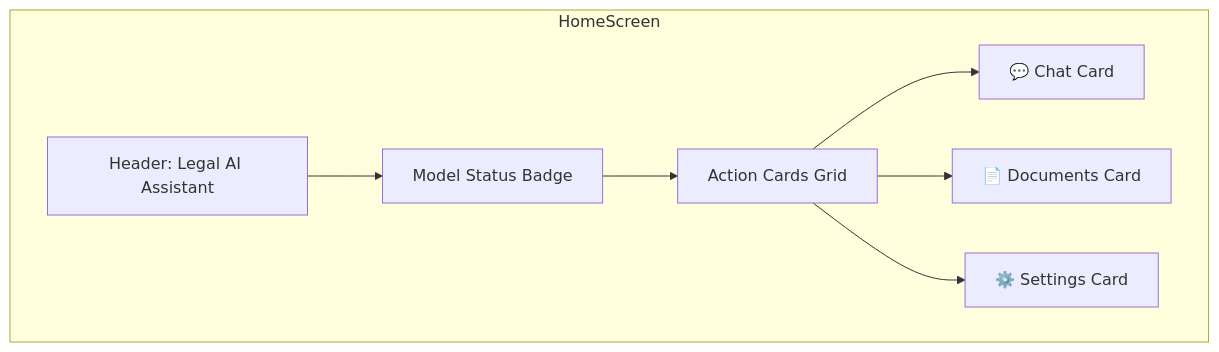
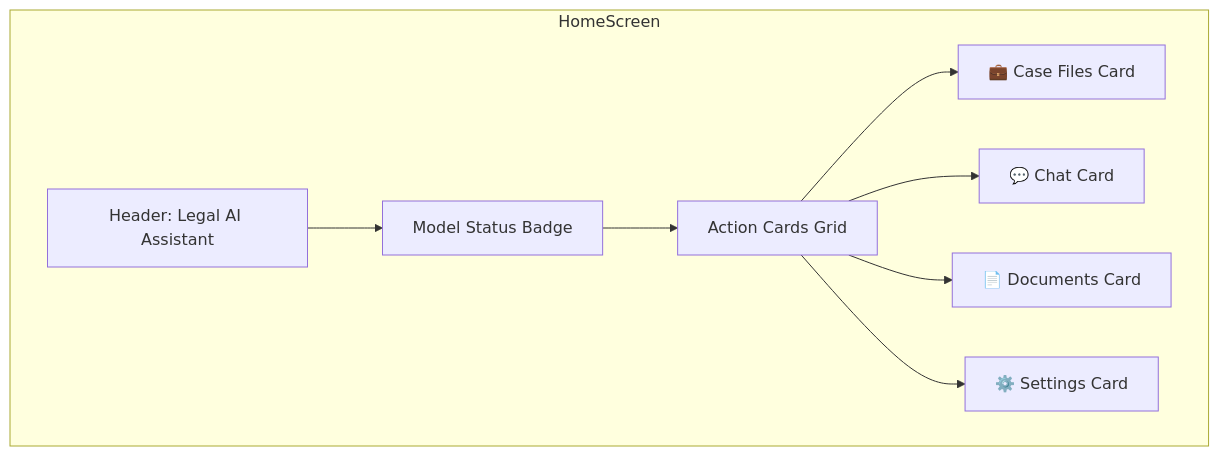
The second of 5 diagrams in docs/02-app-screens.md (Nani040905/mobile-legal-ai-assistant), drawn with Mermaid before and after one commit. The commit also changed other lines of this file and 3 other files, not shown here.

Commit message:
Update docs to reflect Phase 13 and Phase 18 architecture and roadmap

````diff
--- a/docs/02-app-screens.md
+++ b/docs/02-app-screens.md
@@ -32,17 +41,19 @@
 ```mermaid
 graph TB
     subgraph HomeScreen
         HEADER["Header: Legal AI Assistant"]
         STATUS["Model Status Badge"]
         CARDS["Action Cards Grid"]
+        CASES_CARD["💼 Case Files Card"]
         CHAT_CARD["💬 Chat Card"]
         DOCS_CARD["📄 Documents Card"]
         SETTINGS_CARD["⚙️ Settings Card"]
 
         HEADER --> STATUS
         STATUS --> CARDS
+        CARDS --> CASES_CARD
         CARDS --> CHAT_CARD
         CARDS --> DOCS_CARD
         CARDS --> SETTINGS_CARD
     end
 ```
````
